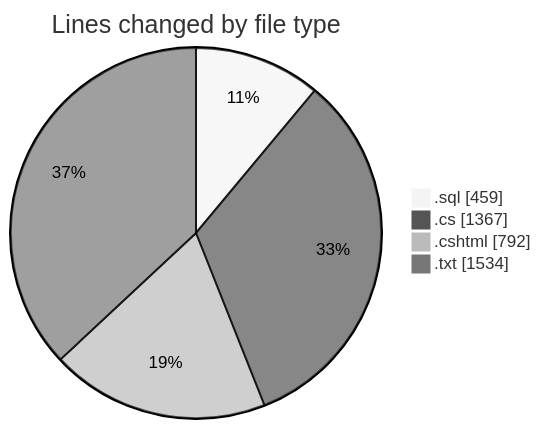
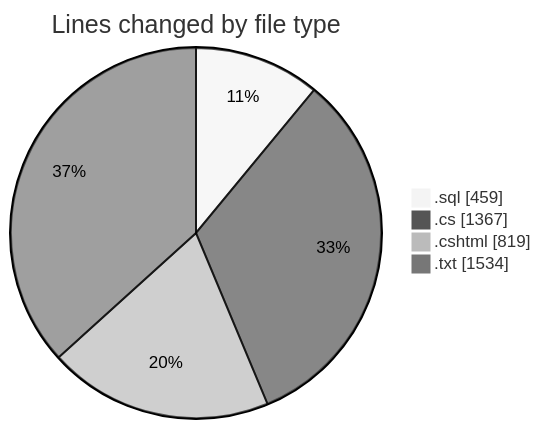
Before and after one commit to lephambinh05/code-tracking: the first of 2 diagrams in 2025-07-23/quanlyrapchieuphim/README.md, drawn with Mermaid (neutral theme). The commit also changed other lines of this file and 1 other file, not shown here.

````diff
--- a/2025-07-23/quanlyrapchieuphim/README.md
+++ b/2025-07-23/quanlyrapchieuphim/README.md
@@ -30,8 +30,8 @@
 ```mermaid
 pie showData
 title Lines changed by file type
 ".sql" : 459
 ".cs" : 1367
-".cshtml" : 792
+".cshtml" : 819
 ".txt" : 1534
 ```
````
